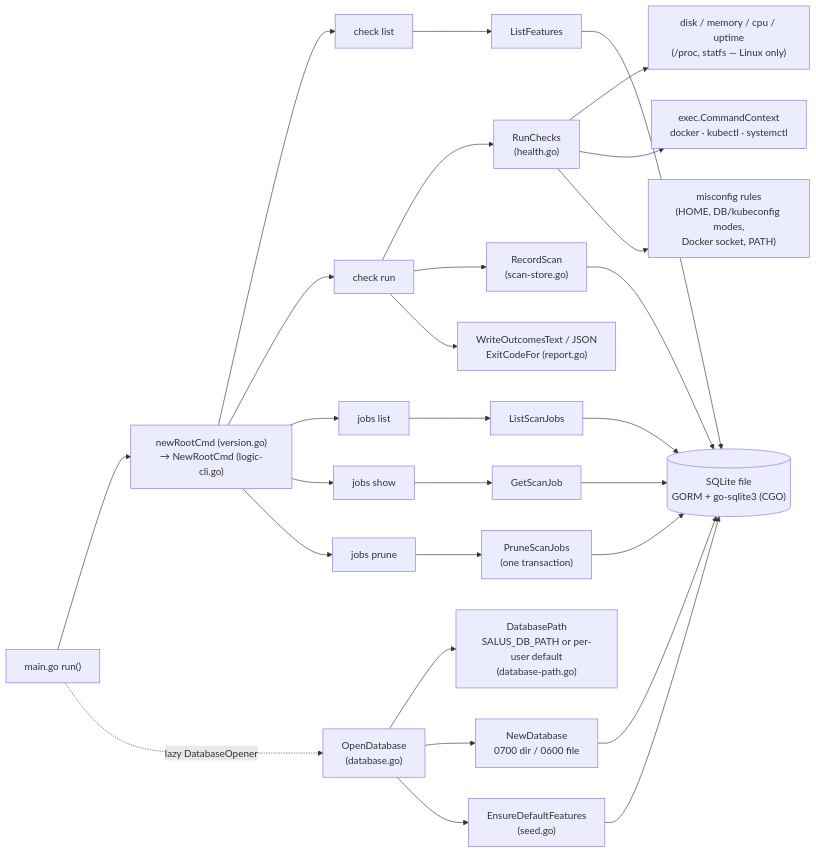
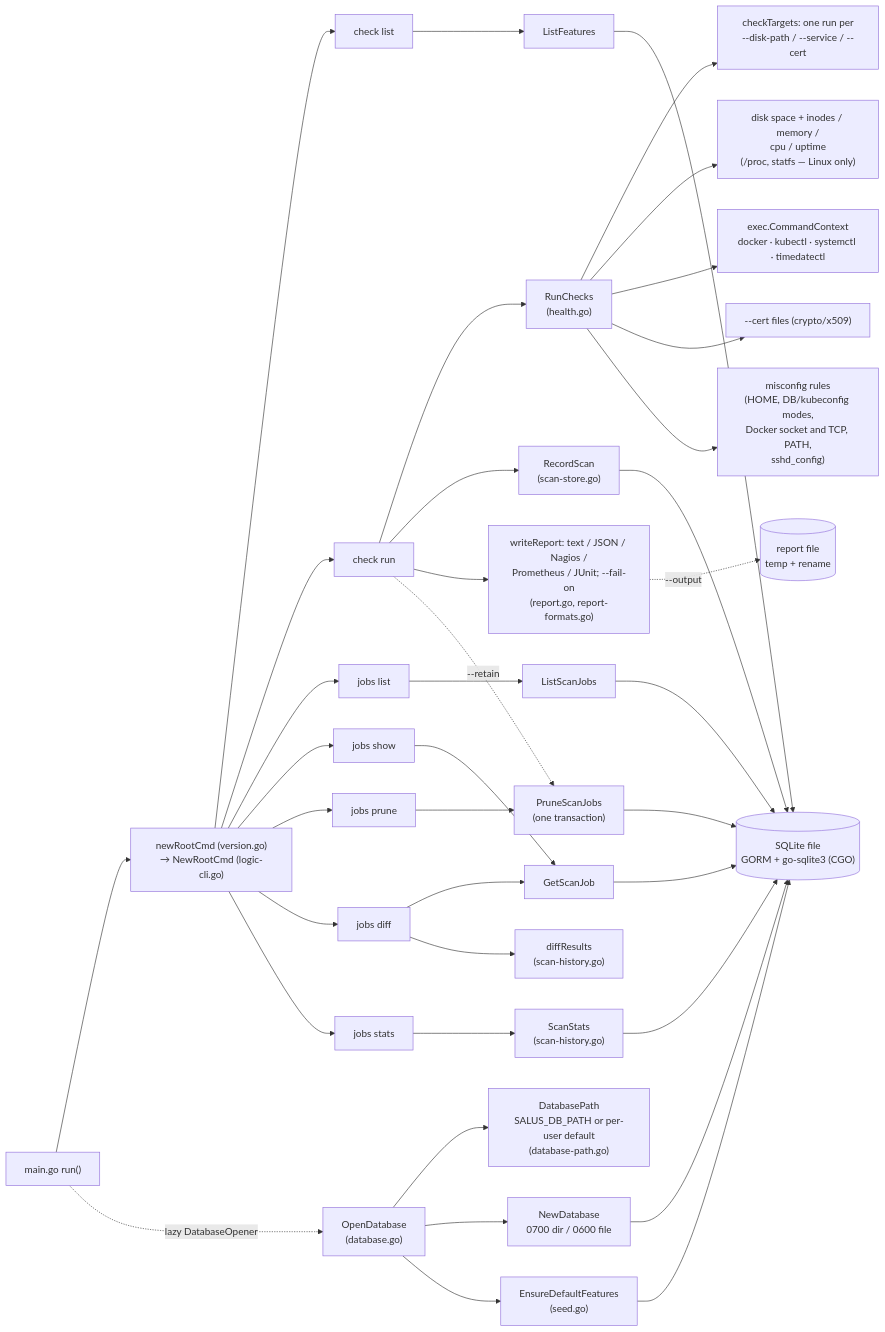
The first of 3 diagrams in intel/map.md (jabbott-iii/Salus), drawn with Mermaid before and after one commit. The commit also changed other lines of this file and 37 other files, not shown here.

Commit message:
feat: per-target results, monitoring outputs, new checks, run history

````diff
--- a/intel/map.md
+++ b/intel/map.md
@@ -73,34 +86,44 @@
 ```mermaid
 flowchart LR
     main["main.go run()"] --> Root["newRootCmd (version.go)<br/>→ NewRootCmd (logic-cli.go)"]
     main -. "lazy DatabaseOpener" .-> Open["OpenDatabase<br/>(database.go)"]
     Open --> dbpath["DatabasePath<br/>SALUS_DB_PATH or per-user default<br/>(database-path.go)"]
     Open --> NewDatabase["NewDatabase<br/>0700 dir / 0600 file"]
     Open --> Seed["EnsureDefaultFeatures<br/>(seed.go)"]
 
     Root --> CheckList["check list"]
     Root --> CheckRun["check run"]
     Root --> JobsList["jobs list"]
     Root --> JobsShow["jobs show"]
     Root --> JobsPrune["jobs prune"]
+    Root --> JobsDiff["jobs diff"]
+    Root --> JobsStats["jobs stats"]
 
     CheckRun --> RunChecks["RunChecks<br/>(health.go)"]
     CheckRun --> RecordScan["RecordScan<br/>(scan-store.go)"]
-    CheckRun --> Report["WriteOutcomesText / JSON<br/>ExitCodeFor (report.go)"]
+    CheckRun --> Report["writeReport: text / JSON / Nagios /<br/>Prometheus / JUnit; --fail-on<br/>(report.go, report-formats.go)"]
+    Report -. "--output" .-> OutFile[("report file<br/>temp + rename")]
+    CheckRun -. "--retain" .-> PruneScanJobs
     CheckList --> ListFeatures
     JobsList --> ListScanJobs
     JobsShow --> GetScanJob
     JobsPrune --> PruneScanJobs["PruneScanJobs<br/>(one transaction)"]
+    JobsDiff --> GetScanJob
+    JobsDiff --> Diff["diffResults<br/>(scan-history.go)"]
+    JobsStats --> ScanStats["ScanStats<br/>(scan-history.go)"]
 
-    RunChecks --> Resources["disk / memory / cpu / uptime<br/>(/proc, statfs — Linux only)"]
-    RunChecks --> Exec["exec.CommandContext<br/>docker · kubectl · systemctl"]
-    RunChecks --> Misconfig["misconfig rules<br/>(HOME, DB/kubeconfig modes,<br/>Docker socket, PATH)"]
+    RunChecks --> Targets["checkTargets: one run per<br/>--disk-path / --service / --cert"]
+    RunChecks --> Resources["disk space + inodes / memory /<br/>cpu / uptime<br/>(/proc, statfs — Linux only)"]
+    RunChecks --> Exec["exec.CommandContext<br/>docker · kubectl · systemctl · timedatectl"]
+    RunChecks --> Files["--cert files (crypto/x509)"]
+    RunChecks --> Misconfig["misconfig rules<br/>(HOME, DB/kubeconfig modes,<br/>Docker socket and TCP, PATH,<br/>sshd_config)"]
 
     NewDatabase --> SQLite[("SQLite file<br/>GORM + go-sqlite3 (CGO)")]
     Seed --> SQLite
     RecordScan --> SQLite
     ListFeatures --> SQLite
     ListScanJobs --> SQLite
     GetScanJob --> SQLite
     PruneScanJobs --> SQLite
+    ScanStats --> SQLite
 ```
````
